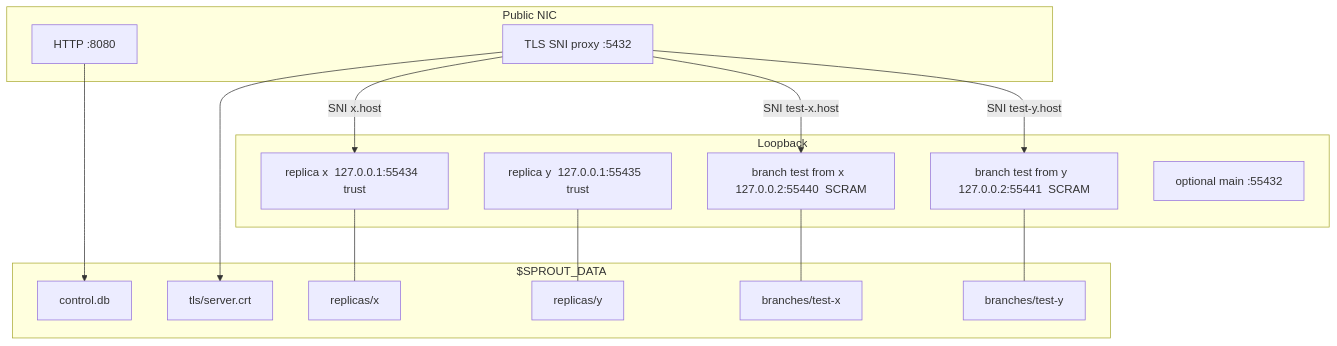
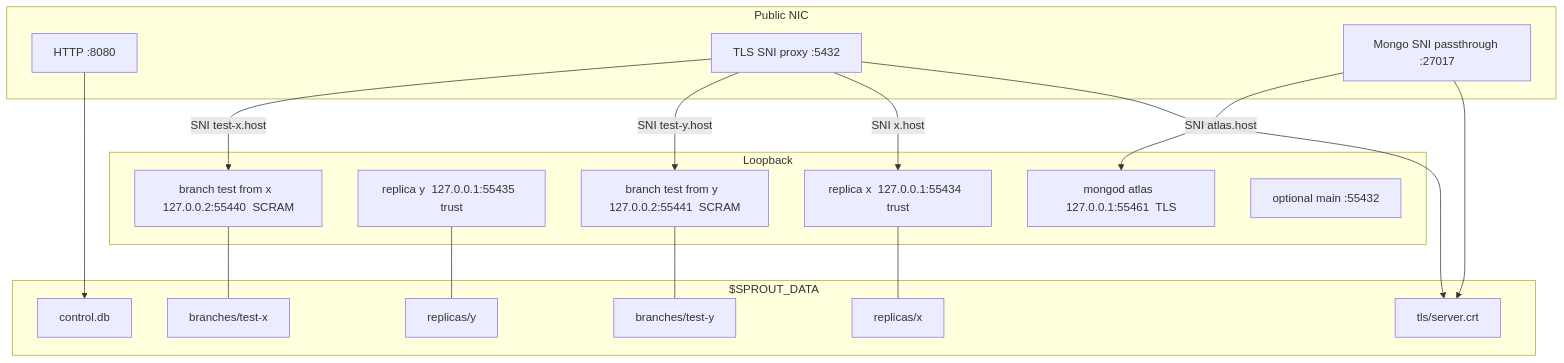
The third of 8 diagrams in ARCHITECTURE.md (adityaraj-09/sprout), drawn with Mermaid before and after one commit. The commit also changed other lines of this file and 15 other files, not shown here.

Commit message:
Add Mongo TLS SNI passthrough on :27017

````diff
--- a/ARCHITECTURE.md
+++ b/ARCHITECTURE.md
@@ -98,34 +99,38 @@
 ```mermaid
 flowchart TB
   subgraph public [Public NIC]
     API["HTTP :8080"]
     SNI["TLS SNI proxy :5432"]
+    MNI["Mongo SNI passthrough :27017"]
   end
 
   subgraph loop [Loopback]
     RX["replica x  127.0.0.1:55434  trust"]
     RY["replica y  127.0.0.1:55435  trust"]
     BX["branch test from x  127.0.0.2:55440  SCRAM"]
     BY["branch test from y  127.0.0.2:55441  SCRAM"]
+    MX["mongod atlas  127.0.0.1:55461  TLS"]
     MAIN["optional main  :55432"]
   end
 
   subgraph disk ["$SPROUT_DATA"]
     DB["control.db"]
     TLS["tls/server.crt"]
     D1["replicas/x"]
     D2["replicas/y"]
     D3["branches/test-x"]
     D4["branches/test-y"]
   end
 
   SNI -->|"SNI test-x.host"| BX
   SNI -->|"SNI test-y.host"| BY
   SNI -->|"SNI x.host"| RX
+  MNI -->|"SNI atlas.host"| MX
   API --> DB
   SNI --> TLS
+  MNI --> TLS
   RX --- D1
   RY --- D2
   BX --- D3
   BY --- D4
 ```
````
